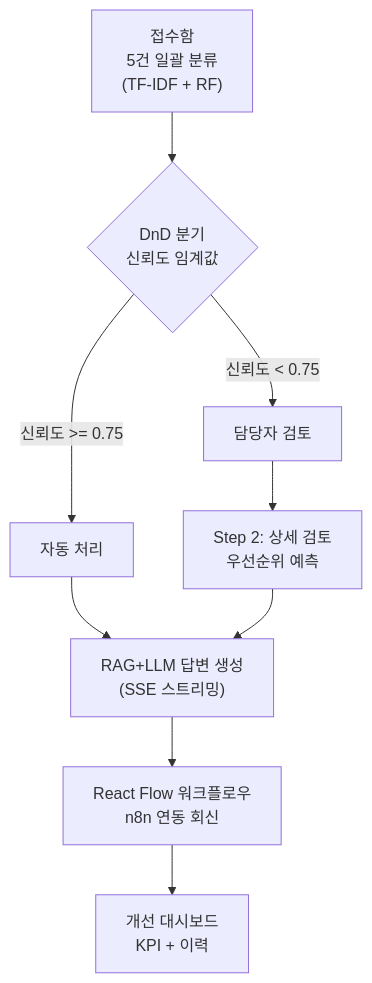
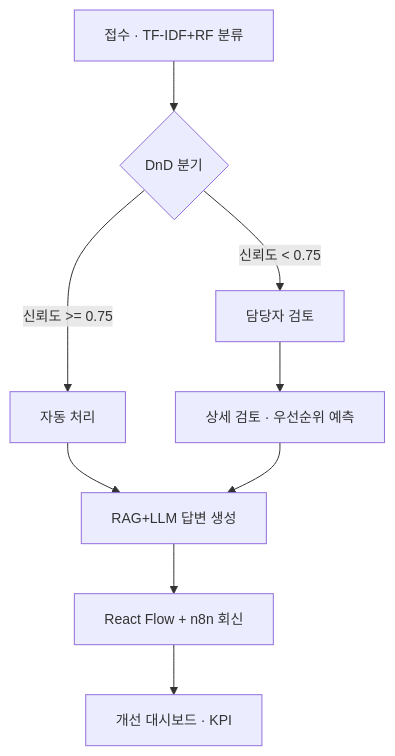
One commit to ASNGG/cafe24-demo changed the tenth of 14 diagrams in portfolio/PORTFOLIO.md. Above: the diagram before and after it, drawn with Mermaid. The commit also changed other lines of this file, not shown here.

First line of the commit message:
docs: PORTFOLIO.md 스타일 개선 및 Mermaid 다이어그램 최적화

````diff
--- a/portfolio/PORTFOLIO.md
+++ b/portfolio/PORTFOLIO.md
@@ -444,11 +503,12 @@
 ```mermaid
+%%{init: {'theme': 'default', 'themeVariables': {'fontSize': '14px'}}}%%
 flowchart TD
-    A["접수함<br/>5건 일괄 분류<br/>(TF-IDF + RF)"] --> B{"DnD 분기<br/>신뢰도 임계값"}
+    A["접수 · TF-IDF+RF 분류"] --> B{"DnD 분기"}
     B -->|"신뢰도 >= 0.75"| C["자동 처리"]
     B -->|"신뢰도 < 0.75"| D["담당자 검토"]
-    C --> E["RAG+LLM 답변 생성<br/>(SSE 스트리밍)"]
-    D --> F["Step 2: 상세 검토<br/>우선순위 예측"]
+    C --> E["RAG+LLM 답변 생성"]
+    D --> F["상세 검토 · 우선순위 예측"]
     F --> E
-    E --> G["React Flow 워크플로우<br/>n8n 연동 회신"]
-    G --> H["개선 대시보드<br/>KPI + 이력"]
+    E --> G["React Flow + n8n 회신"]
+    G --> H["개선 대시보드 · KPI"]
 ```
````
